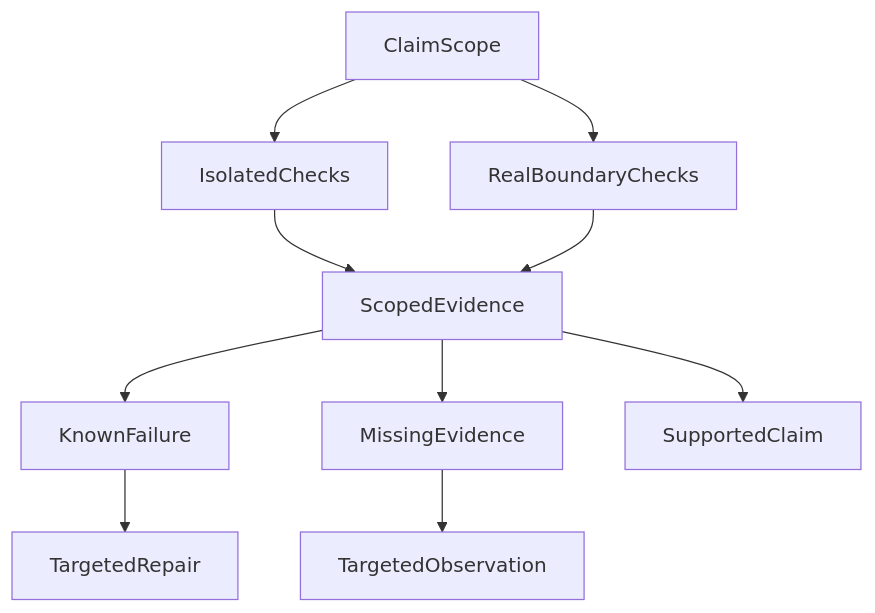
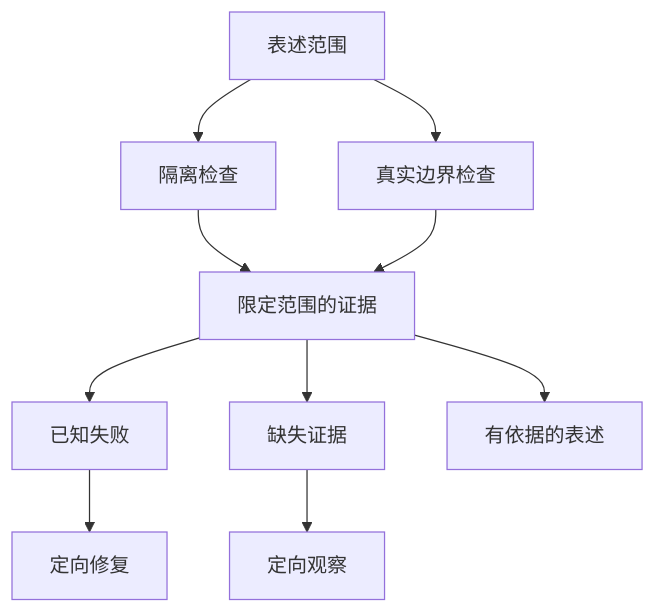
The diagram in articles/honest-agent-evaluation.md (hpoenixf/eff-agent-article), drawn with Mermaid before and after one commit. The commit also changed 52 other files, not shown here.

Commit message:
docs: localize diagrams and clarify flagship guides

````diff
--- a/articles/honest-agent-evaluation.md
+++ b/articles/honest-agent-evaluation.md
@@ -146,12 +146,12 @@
 ```mermaid
 graph TD
-ClaimScope --> IsolatedChecks
-ClaimScope --> RealBoundaryChecks
-IsolatedChecks --> ScopedEvidence
+ClaimScope["表述范围"] --> IsolatedChecks["隔离检查"]
+ClaimScope --> RealBoundaryChecks["真实边界检查"]
+IsolatedChecks --> ScopedEvidence["限定范围的证据"]
 RealBoundaryChecks --> ScopedEvidence
-ScopedEvidence --> KnownFailure
-ScopedEvidence --> MissingEvidence
-ScopedEvidence --> SupportedClaim
-KnownFailure --> TargetedRepair
-MissingEvidence --> TargetedObservation
+ScopedEvidence --> KnownFailure["已知失败"]
+ScopedEvidence --> MissingEvidence["缺失证据"]
+ScopedEvidence --> SupportedClaim["有依据的表述"]
+KnownFailure --> TargetedRepair["定向修复"]
+MissingEvidence --> TargetedObservation["定向观察"]
 ```
````
